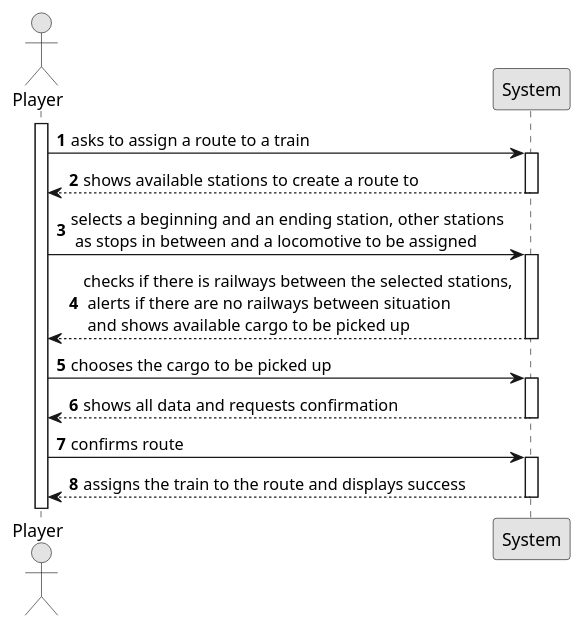
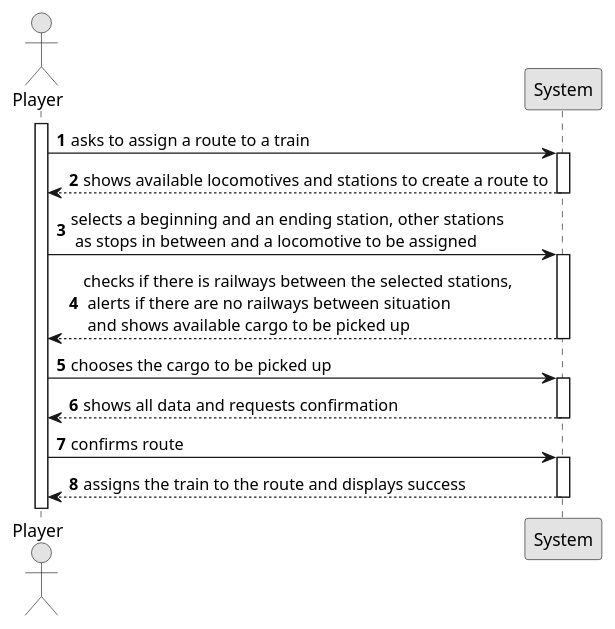
One commit to 1240935/pi2-railway-simulator changed the diagram in docsFinais/US010/01.requirements-engineering/puml/US010-SSD.puml. Above: the diagram before and after it, drawn with PlantUML. The commit also changed 118 other files, not shown here.

```diff
--- a/docsFinais/US010/01.requirements-engineering/puml/US010-SSD.puml
+++ b/docsFinais/US010/01.requirements-engineering/puml/US010-SSD.puml
@@ -1,36 +1,36 @@
 @startuml
 skinparam monochrome true
 skinparam packageStyle rectangle
 skinparam shadowing false
 
 autonumber
 
 actor "Player" as Employee
 participant "System" as System
 
 activate Employee
 
     Employee -> System : asks to assign a route to a train
     activate System
 
-        System --> Employee : shows available stations to create a route to
+        System --> Employee : shows available locomotives and stations to create a route to
     deactivate System
 
     Employee -> System : selects a beginning and an ending station, other stations \n as stops in between and a locomotive to be assigned
     activate System
 
         System --> Employee : checks if there is railways between the selected stations, \n alerts if there are no railways between situation \n and shows available cargo to be picked up
     deactivate System
 
     Employee -> System : chooses the cargo to be picked up
     activate System
 
         System --> Employee : shows all data and requests confirmation
     deactivate System
 
     Employee -> System : confirms route
     activate System
 
         System --> Employee : assigns the train to the route and displays success
     deactivate System
 @enduml
```
